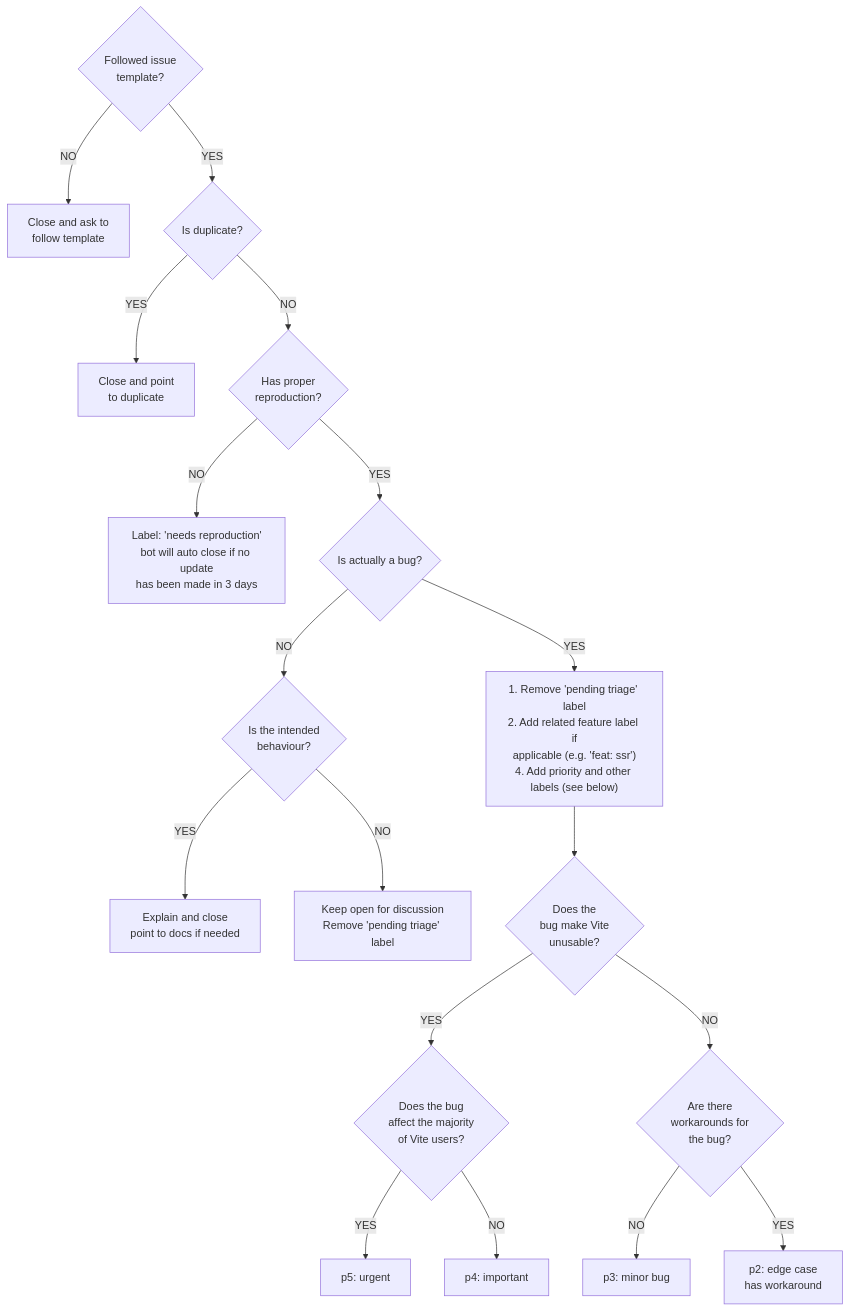
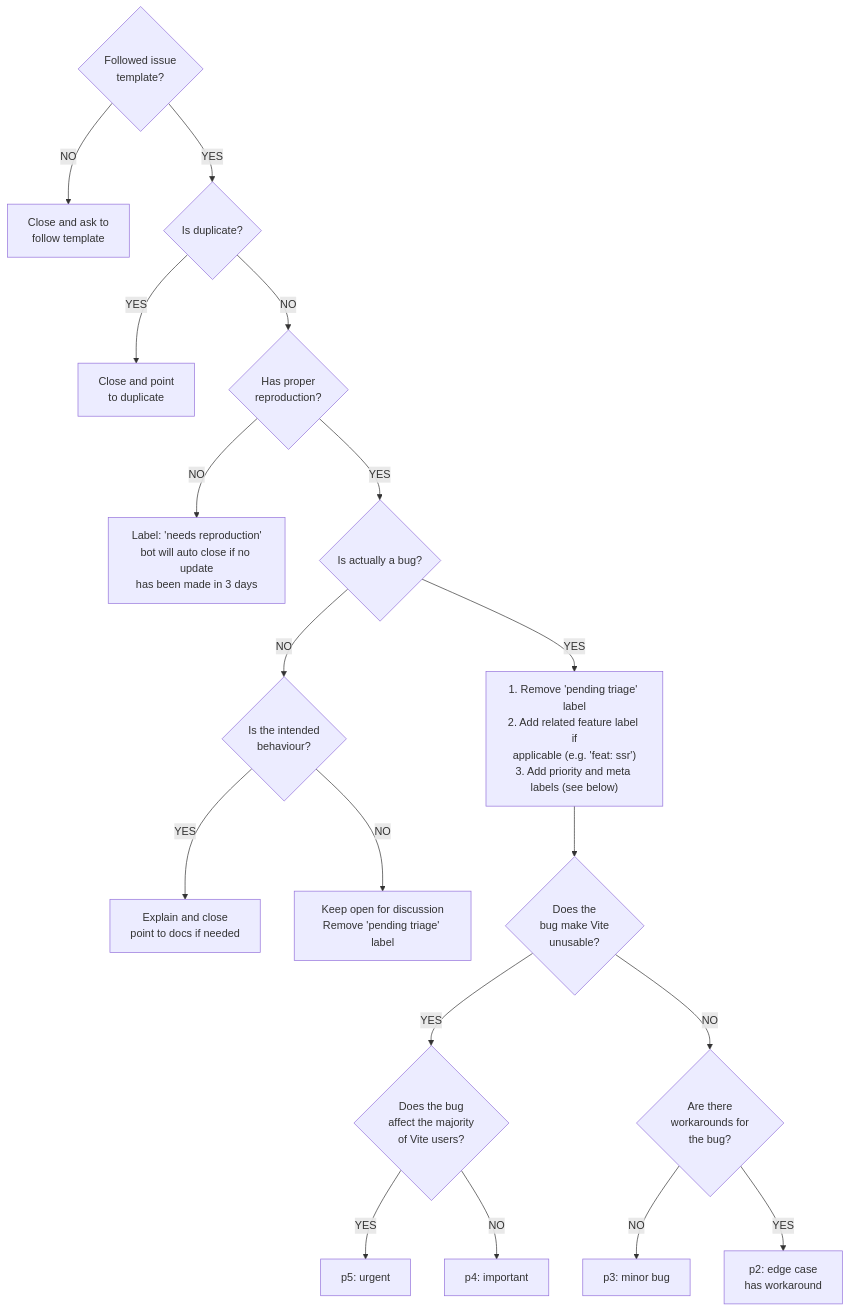
One commit to vitejs/vite changed the first of 2 diagrams in CONTRIBUTING.md. Above: the diagram before and after it, drawn with Mermaid.

````diff
--- a/CONTRIBUTING.md
+++ b/CONTRIBUTING.md
@@ -200,21 +200,21 @@
 ```mermaid
 flowchart TD
     start{Followed issue\ntemplate?}
     start --NO--> close1[Close and ask to\nfollow template]
     start --YES--> dupe{Is duplicate?}
     dupe --YES--> close2[Close and point\nto duplicate]
     dupe --NO--> repro{Has proper\nreproduction?}
     repro --NO--> close3[Label: 'needs reproduction'\nbot will auto close if no update\nhas been made in 3 days]
     repro --YES--> real{Is actually a bug?}
     real --NO--> intended{Is the intended\nbehaviour?}
     intended --YES--> explain[Explain and close\npoint to docs if needed]
     intended --NO--> open[Keep open for discussion\nRemove 'pending triage' label]
-    real --YES--> real2["1. Remove 'pending triage' label\n2. Add related feature label if\napplicable (e.g. 'feat: ssr')\n4. Add priority and other labels (see below)"]
+    real --YES--> real2["1. Remove 'pending triage' label\n2. Add related feature label if\napplicable (e.g. 'feat: ssr')\n3. Add priority and meta labels (see below)"]
     real2 --> unusable{Does the\nbug make Vite\nunusable?}
     unusable --YES--> maj{Does the bug\naffect the majority\nof Vite users?}
     maj --YES--> p5[p5: urgent]
     maj --NO--> p4[p4: important]
     unusable --NO--> workarounds{Are there\nworkarounds for\nthe bug?}
     workarounds --NO--> p3[p3: minor bug]
     workarounds --YES--> p2[p2: edge case\nhas workaround]
 ```
````
